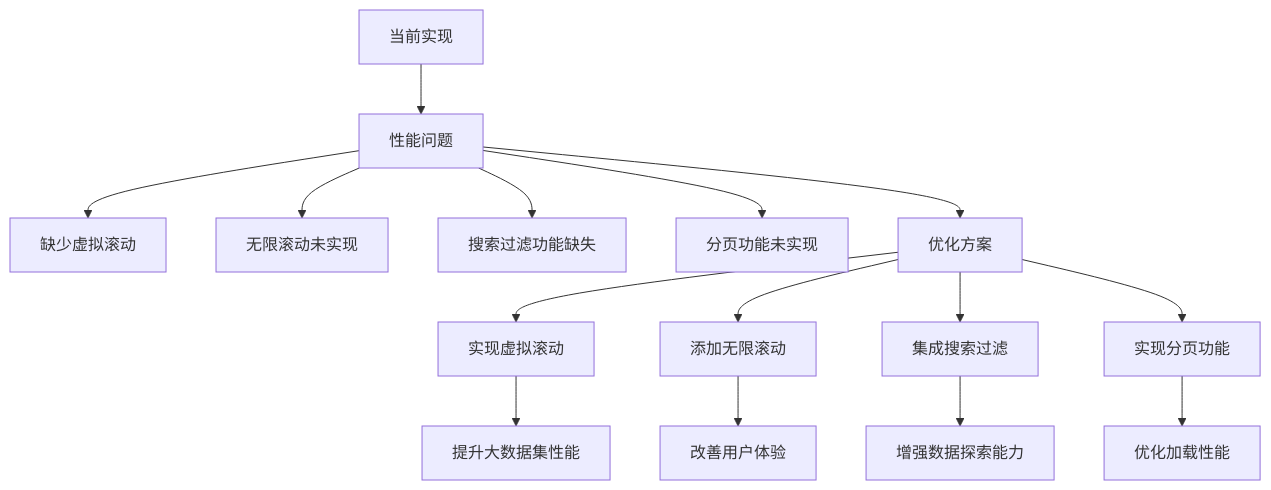
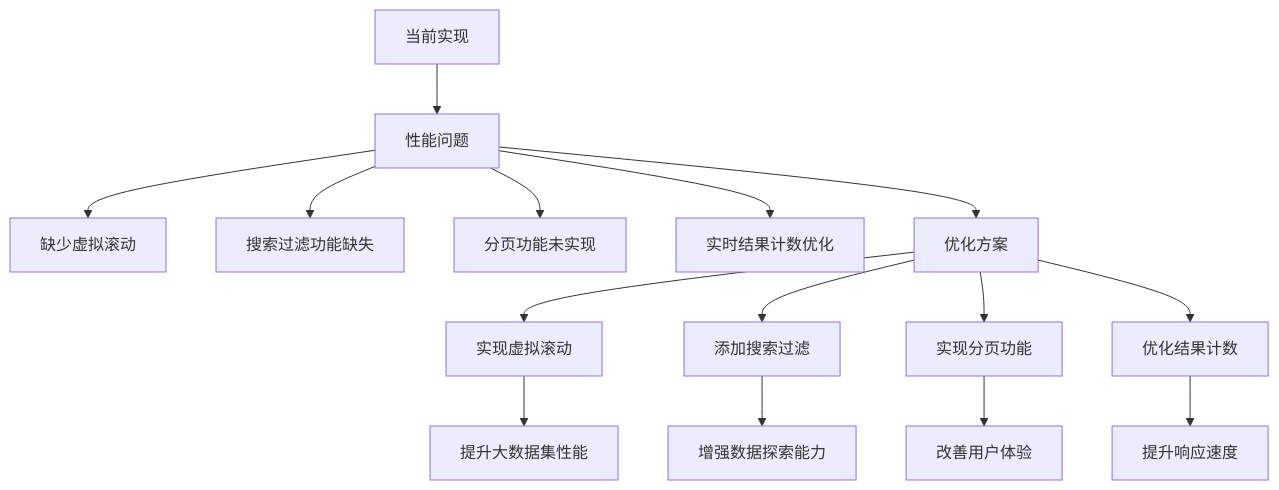
Diagram 12 of 13 in .qoder/repowiki/zh/content/核心功能模块/游戏组件系统/ArchivesList 历史记录列表组件.md (billychou/linkedin-answer), drawn with Mermaid before and after one commit. The commit also changed other lines of this file and 10 other files, not shown here.

````diff
--- a/.qoder/repowiki/zh/content/核心功能模块/游戏组件系统/ArchivesList 历史记录列表组件.md
+++ b/.qoder/repowiki/zh/content/核心功能模块/游戏组件系统/ArchivesList 历史记录列表组件.md
@@ -333,17 +444,17 @@
 ```mermaid
 flowchart TD
 Current[当前实现] --> Issues[性能问题]
 Issues --> Issue1["缺少虚拟滚动"]
-Issues --> Issue2["无限滚动未实现"]
-Issues --> Issue3["搜索过滤功能缺失"]
-Issues --> Issue4["分页功能未实现"]
+Issues --> Issue2["搜索过滤功能缺失"]
+Issues --> Issue3["分页功能未实现"]
+Issues --> Issue4["实时结果计数优化"]
 Issues --> Solutions[优化方案]
 Solutions --> Sol1["实现虚拟滚动"]
-Solutions --> Sol2["添加无限滚动"]
-Solutions --> Sol3["集成搜索过滤"]
-Solutions --> Sol4["实现分页功能"]
+Solutions --> Sol2["添加搜索过滤"]
+Solutions --> Sol3["实现分页功能"]
+Solutions --> Sol4["优化结果计数"]
 Sol1 --> Benefit1["提升大数据集性能"]
-Sol2 --> Benefit2["改善用户体验"]
-Sol3 --> Benefit3["增强数据探索能力"]
-Sol4 --> Benefit4["优化加载性能"]
+Sol2 --> Benefit2["增强数据探索能力"]
+Sol3 --> Benefit3["改善用户体验"]
+Sol4 --> Benefit4["提升响应速度"]
 ```
````
